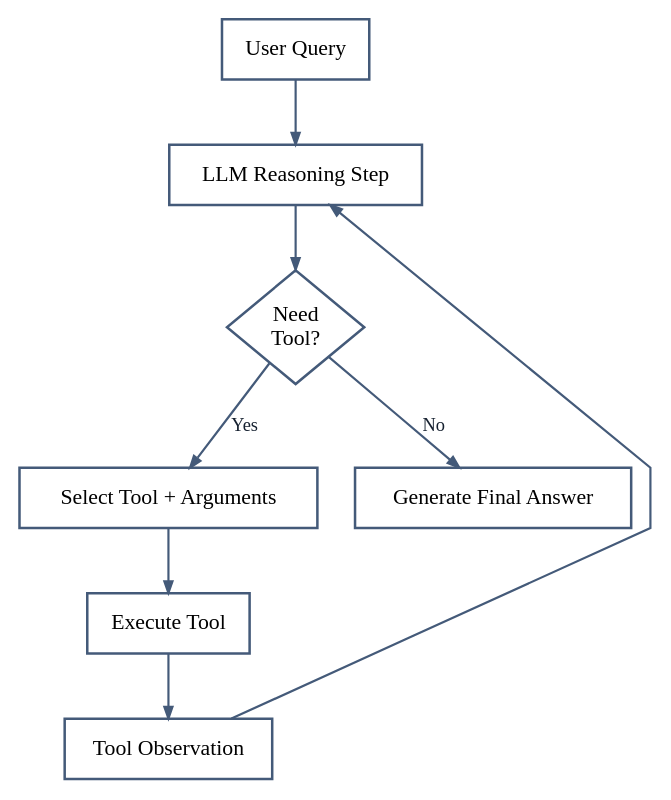
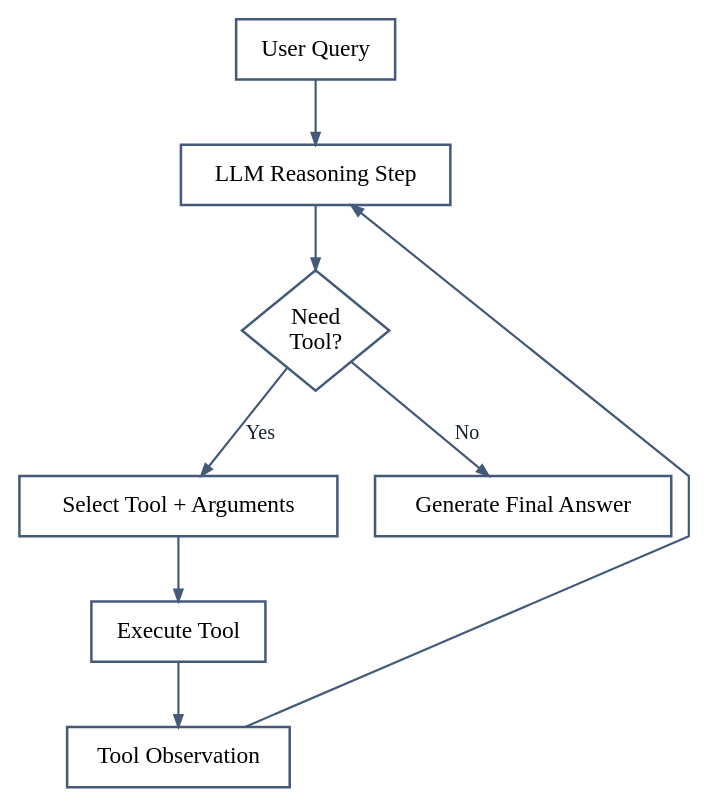
The diagram in assets/diagram_tool_flow.dot (quiznat/tot-hf-survey-artifacts), drawn with Graphviz before and after one commit. The commit also changed 27 other files, not shown here.

Commit message:
Phase1: use vector-only diagrams and tighten LaTeX layout

```diff
--- a/assets/diagram_tool_flow.dot
+++ b/assets/diagram_tool_flow.dot
@@ -1,21 +1,21 @@
 digraph G {
   graph [bgcolor="#ffffff", pad="0.06", nodesep="0.34", ranksep="0.50", splines="polyline", fontname="Times-Roman", fontcolor="#162130", margin="0.02", rankdir="TB", ranksep="0.52", nodesep="0.30"];
-  node [shape="box", style="filled", fillcolor="#ffffff", color="#445a79", penwidth="1.5", fontname="Times-Roman", fontsize="13", margin="0.08,0.06"];
-  edge [color="#445a79", penwidth="1.3", arrowsize="0.70", fontname="Times-Roman", fontsize="11", fontcolor="#162130"];
+  node [shape="box", style="filled", fillcolor="#ffffff", color="#445a79", penwidth="1.5", fontname="Times-Roman", fontsize="14", margin="0.08,0.06"];
+  edge [color="#445a79", penwidth="1.3", arrowsize="0.70", fontname="Times-Roman", fontsize="12", fontcolor="#162130"];
 
   query [label="User Query"];
   reason [label="LLM Reasoning Step"];
-  need [shape="diamond", style="filled", fillcolor="#ffffff", color="#445a79", penwidth="1.5", fontname="Times-Roman", fontsize="13", margin="0.04,0.04", label="Need\nTool?"];
+  need [shape="diamond", style="filled", fillcolor="#ffffff", color="#445a79", penwidth="1.5", fontname="Times-Roman", fontsize="14", margin="0.04,0.04", label="Need\nTool?"];
   select [label="Select Tool + Arguments"];
   execute [label="Execute Tool"];
   observe [label="Tool Observation"];
   answer [label="Generate Final Answer"];
 
   query -> reason -> need;
   need -> select [label="Yes"];
   need -> answer [label="No"];
   select -> execute -> observe;
   observe -> reason [constraint=false];
 
   { rank=same; select; answer }
 }
```
